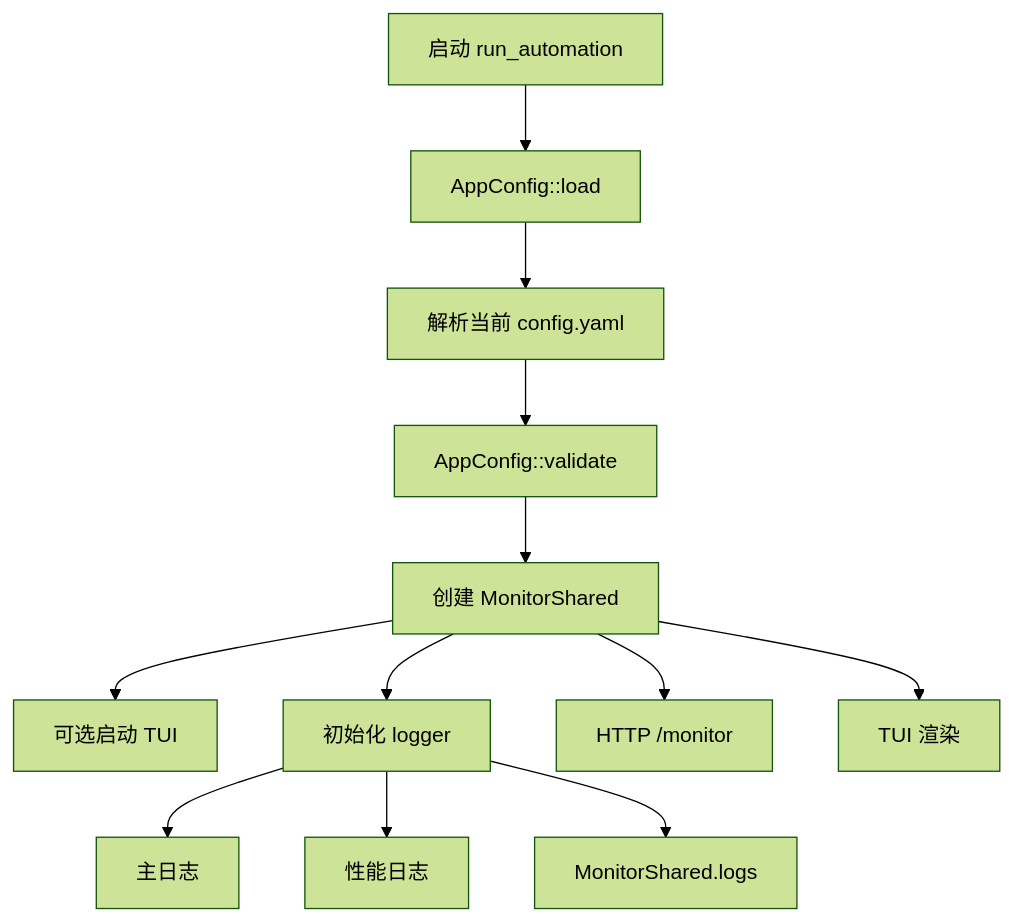
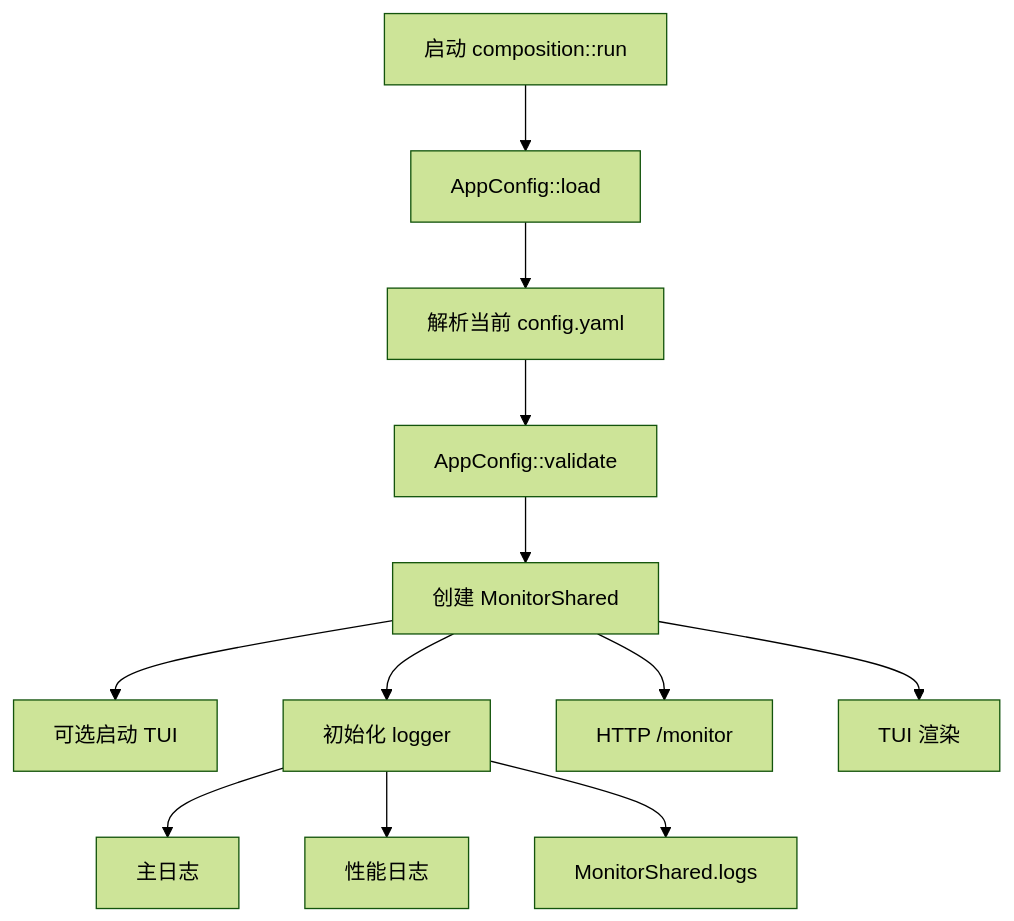
One commit to XingNian-www/Miliastra-Wonderland-Music changed the diagram in docs/config-observability-flow.md. Above: the diagram before and after it, drawn with Mermaid (forest theme). The commit also changed other lines of this file and 168 other files, not shown here.

Commit message:
refactor: complete application architecture migration

````diff
--- a/docs/config-observability-flow.md
+++ b/docs/config-observability-flow.md
@@ -17,14 +17,14 @@
 ```mermaid
 flowchart TD
-    A["启动 run_automation"] --> B["AppConfig::load"]
+    A["启动 composition::run"] --> B["AppConfig::load"]
     B --> C["解析当前 config.yaml"]
     C --> D["AppConfig::validate"]
     D --> E["创建 MonitorShared"]
     E --> F["可选启动 TUI"]
     E --> G["初始化 logger"]
     G --> H["主日志"]
     G --> I["性能日志"]
     G --> J["MonitorShared.logs"]
     E --> K["HTTP /monitor"]
     E --> L["TUI 渲染"]
 ```
````
